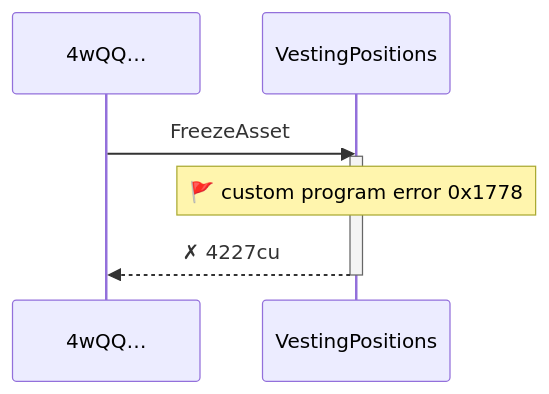
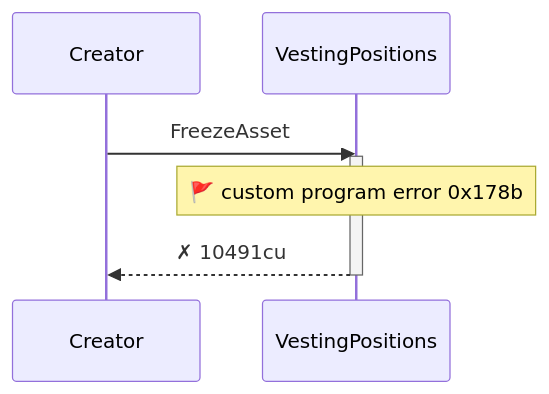
The first of 3 diagrams in babelfish-tests/test-report/freeze_asset_fails_without_freeze_plugin.md (cds-turbin3/vesting-position), drawn with Mermaid before and after one commit. The commit also changed other lines of this file and 50 other files, not shown here.

````diff
--- a/babelfish-tests/test-report/freeze_asset_fails_without_freeze_plugin.md
+++ b/babelfish-tests/test-report/freeze_asset_fails_without_freeze_plugin.md
@@ -5,10 +5,10 @@
 ```mermaid
 sequenceDiagram
-    participant p0 as 4wQQ…
+    participant p0 as Creator
     participant p1 as VestingPositions
     p0->>p1: FreezeAsset
     activate p1
-    note over p1: 🚩 custom program error  0x1778
-    p1-->>p0: ✗ 4227cu
+    note over p1: 🚩 custom program error  0x178b
+    p1-->>p0: ✗ 10491cu
     deactivate p1
 ```
````
